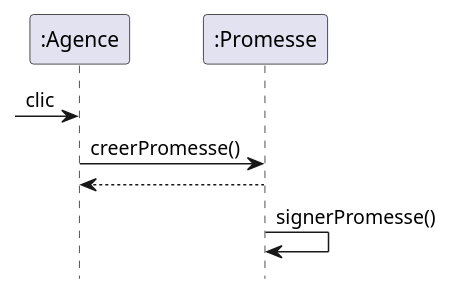
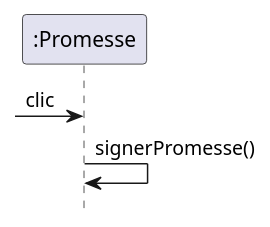
One commit to DenisGuiraudet/MIASHS_UML_PTUT changed the diagram in DOC/UML/Sequence/diagSequencePromesse.plantuml. Above: the diagram before and after it, drawn with PlantUML. The commit also changed 13 other files, not shown here.

```diff
--- a/DOC/UML/Sequence/diagSequencePromesse.plantuml
+++ b/DOC/UML/Sequence/diagSequencePromesse.plantuml
@@ -2,13 +2,10 @@
 @startuml
 
 hide footbox
 
-participant ":Agence" As A
 participant ":Promesse" As Pro
 
-[-> A : clic
-A -> Pro : creerPromesse()
-Pro --> A :
+[-> Pro : clic
 Pro -> Pro : signerPromesse()
 
 @enduml
```
